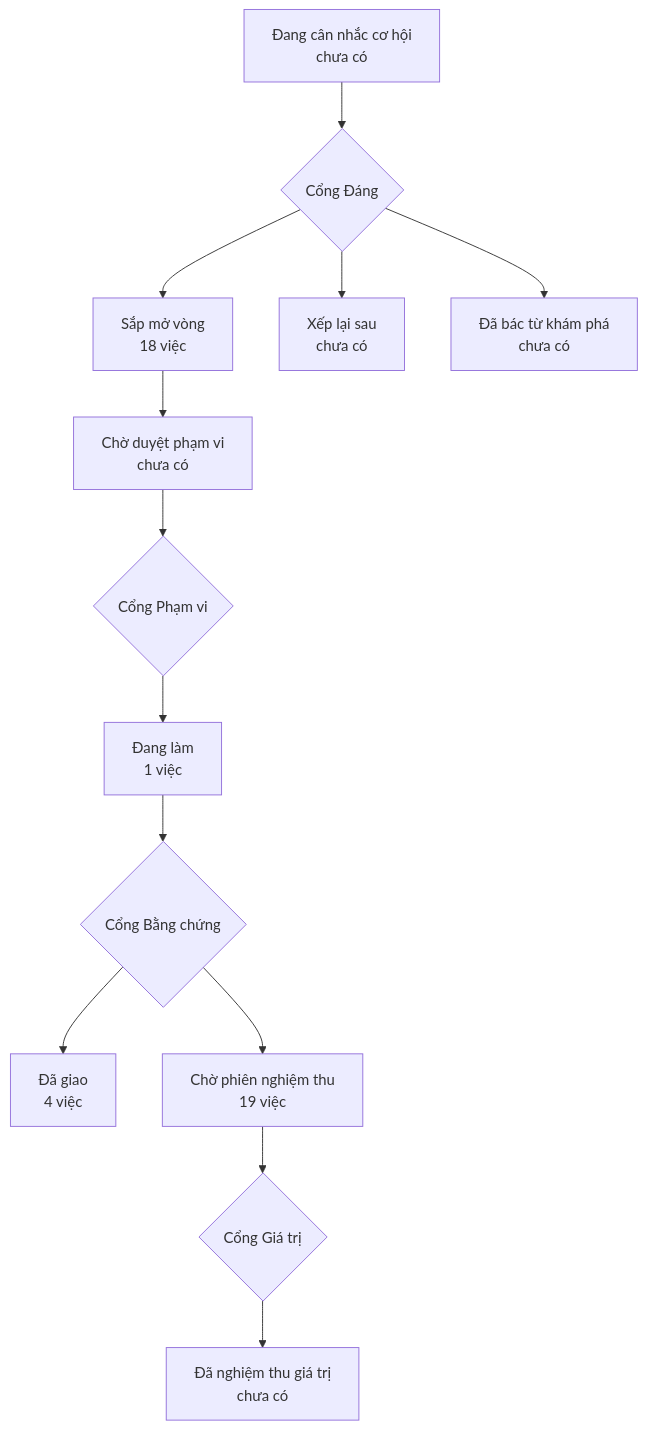
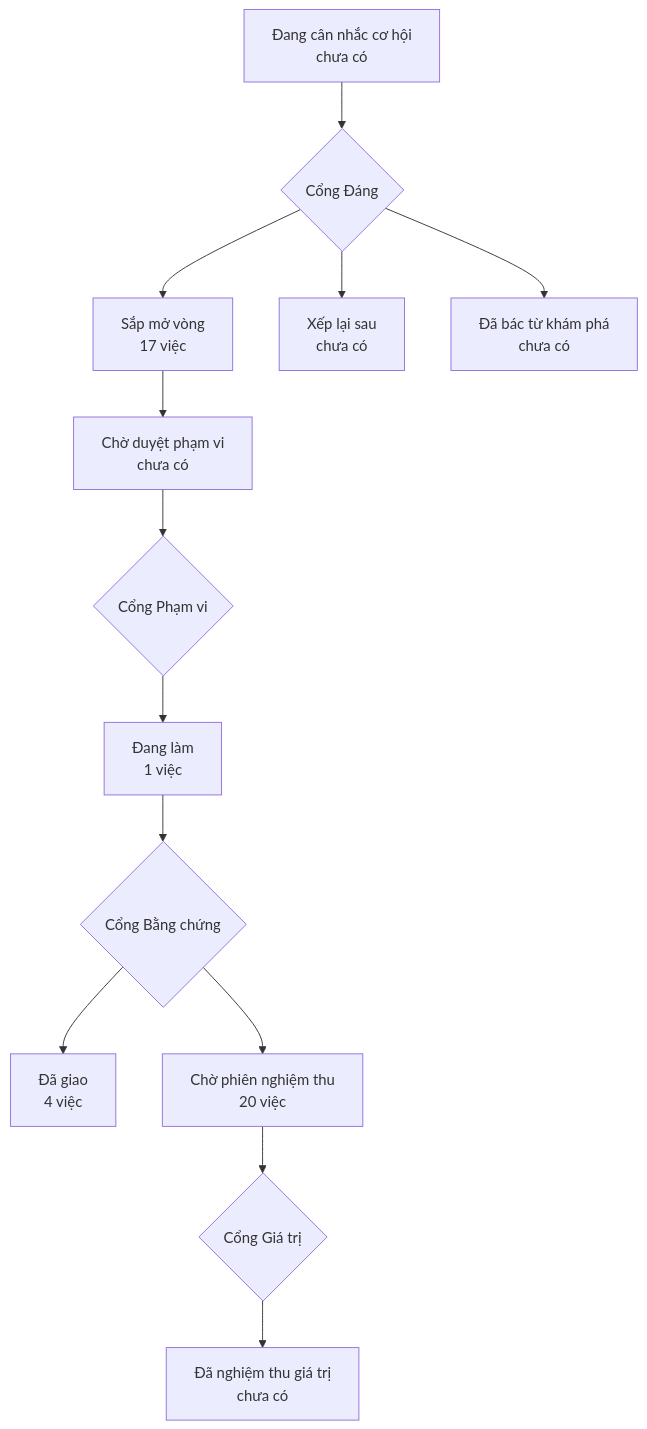
The diagram in PRODUCT-MAP.md (phanlemanh/onehub-quy-hang), drawn with Mermaid before and after one commit. The commit also changed 1 other file, not shown here.

Commit message:
chore(product-map): vẽ lại sau khi gộp main

````diff
--- a/PRODUCT-MAP.md
+++ b/PRODUCT-MAP.md
@@ -7,12 +7,12 @@
 ```mermaid
 flowchart TD
   A["Đang cân nhắc cơ hội<br/>chưa có"] --> GD{"Cổng Đáng"}
-  GD --> B["Sắp mở vòng<br/>18 việc"]
+  GD --> B["Sắp mở vòng<br/>17 việc"]
   GD --> XL["Xếp lại sau<br/>chưa có"]
   GD --> DB["Đã bác từ khám phá<br/>chưa có"]
   B --> CD["Chờ duyệt phạm vi<br/>chưa có"] --> GP{"Cổng Phạm vi"}
   GP --> DL["Đang làm<br/>1 việc"] --> GB{"Cổng Bằng chứng"}
   GB --> DG["Đã giao<br/>4 việc"]
-  GB --> CN["Chờ phiên nghiệm thu<br/>19 việc"] --> GG{"Cổng Giá trị"}
+  GB --> CN["Chờ phiên nghiệm thu<br/>20 việc"] --> GG{"Cổng Giá trị"}
   GG --> NT["Đã nghiệm thu giá trị<br/>chưa có"]
 ```
````
